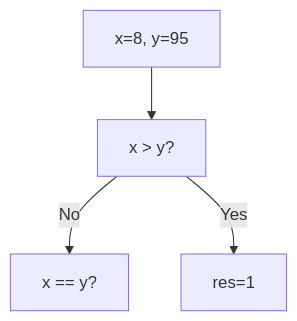
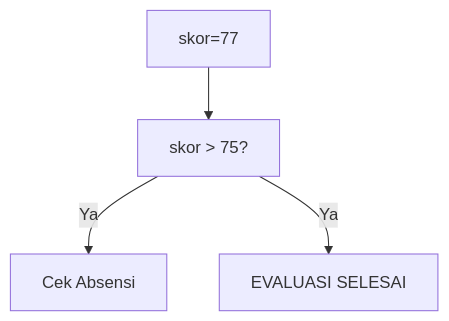
Before and after one commit to amnahwaida/OSNK_INF_PREP: diagram 11 of 25 in part-c-pemahaman-cpp/02-percabangan/latihan/set-04.md, drawn with Mermaid. The commit also changed other lines of this file and 71 other files, not shown here.

````diff
--- a/part-c-pemahaman-cpp/02-percabangan/latihan/set-04.md
+++ b/part-c-pemahaman-cpp/02-percabangan/latihan/set-04.md
@@ -306,6 +313,6 @@
 ```mermaid
 graph TD
-A["x=8, y=95"] --> B["x > y?"]
-B -- No --> C["x == y?"]
-B -- Yes --> D[res=1]
+A["skor=77"] --> B["skor > 75?"]
+B -- Ya --> C["Cek Absensi"]
+B -- Ya --> D["EVALUASI SELESAI"]
 ```
````
